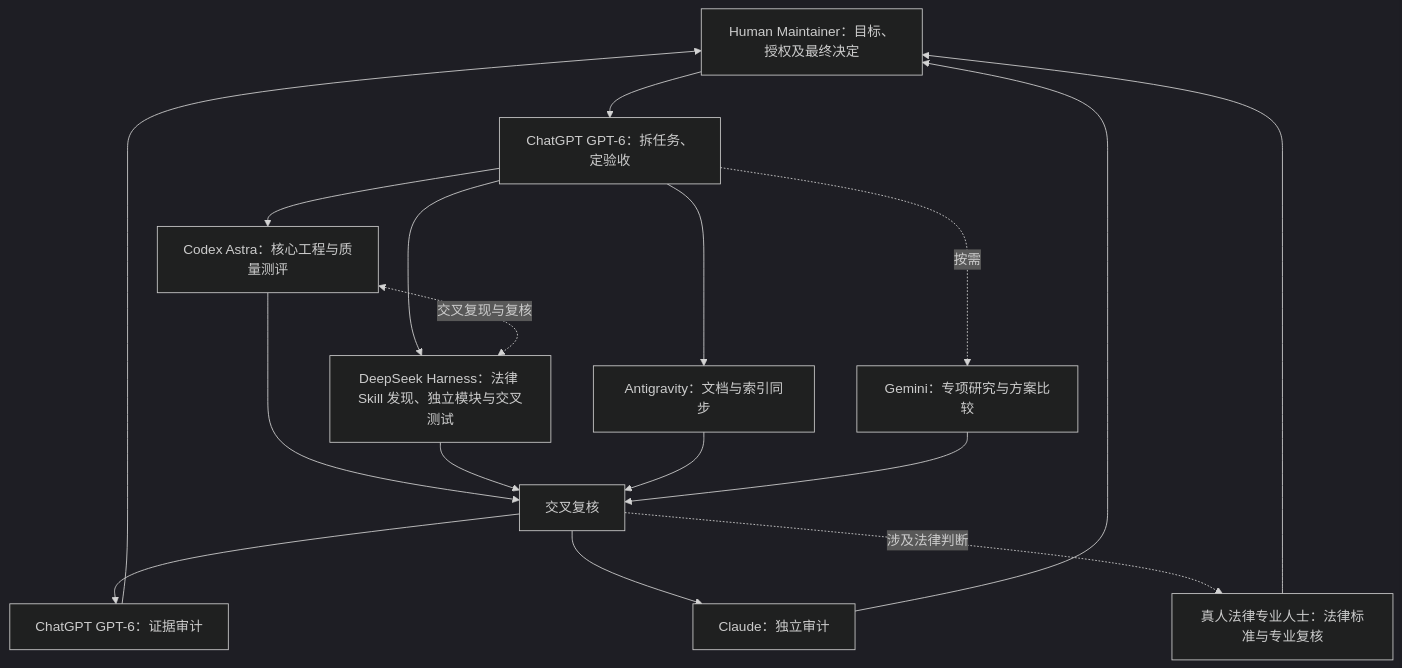
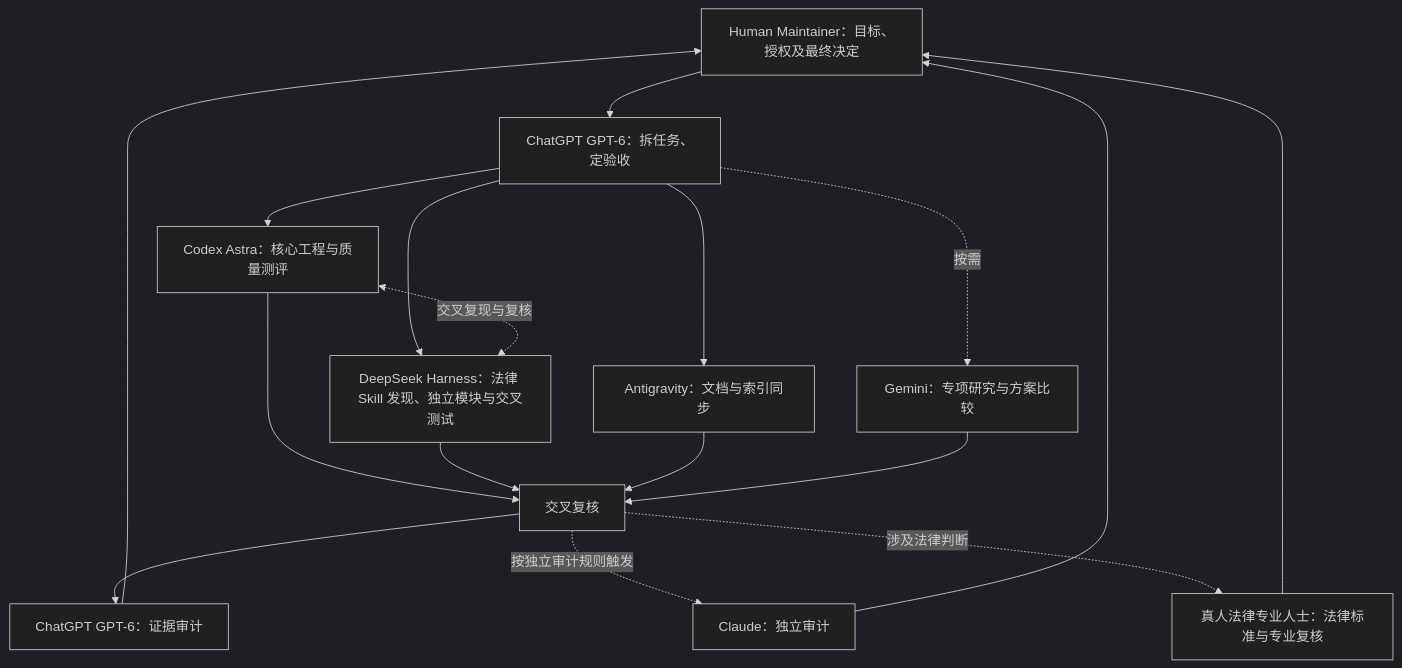
The diagram in AGENTS.md (fitalex/LexRouter), drawn with Mermaid (dark theme) before and after one commit. The commit also changed other lines of this file, not shown here.

Commit message:
docs(gov): refine Claude independent audit triggers (LR-GOV-03 fix1)

````diff
--- a/AGENTS.md
+++ b/AGENTS.md
@@ -46,19 +46,19 @@
 ```mermaid
 flowchart TD
     H["Human Maintainer：目标、授权及最终决定"] --> C["ChatGPT GPT-6：拆任务、定验收"]
     C --> E["Codex Astra：核心工程与质量测评"]
     C --> D["DeepSeek Harness：法律 Skill 发现、独立模块与交叉测试"]
     C --> A["Antigravity：文档与索引同步"]
     C -. 按需 .-> G["Gemini：专项研究与方案比较"]
     E <-. 交叉复现与复核 .-> D
     E --> R["交叉复核"]
     D --> R
     A --> R
     G --> R
     R --> C2["ChatGPT GPT-6：证据审计"]
-    R --> L["Claude：独立审计"]
+    R -. 按独立审计规则触发 .-> L["Claude：独立审计"]
     R -. 涉及法律判断 .-> P["真人法律专业人士：法律标准与专业复核"]
     C2 --> H
     L --> H
     P --> H
 ```
````
